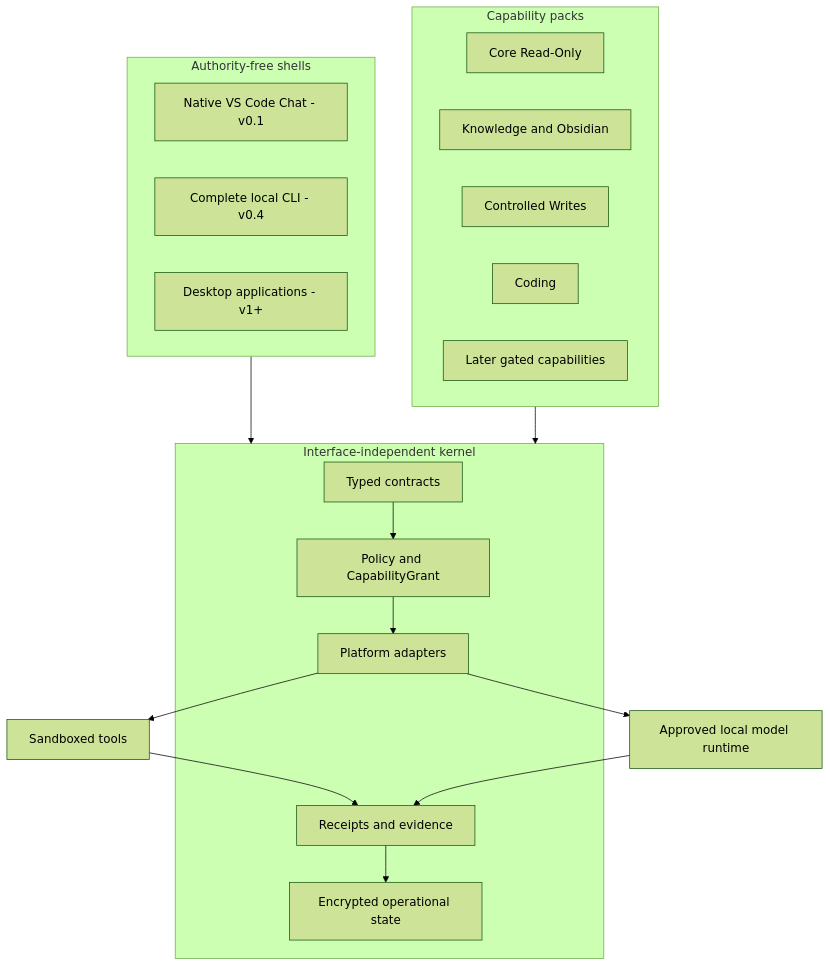
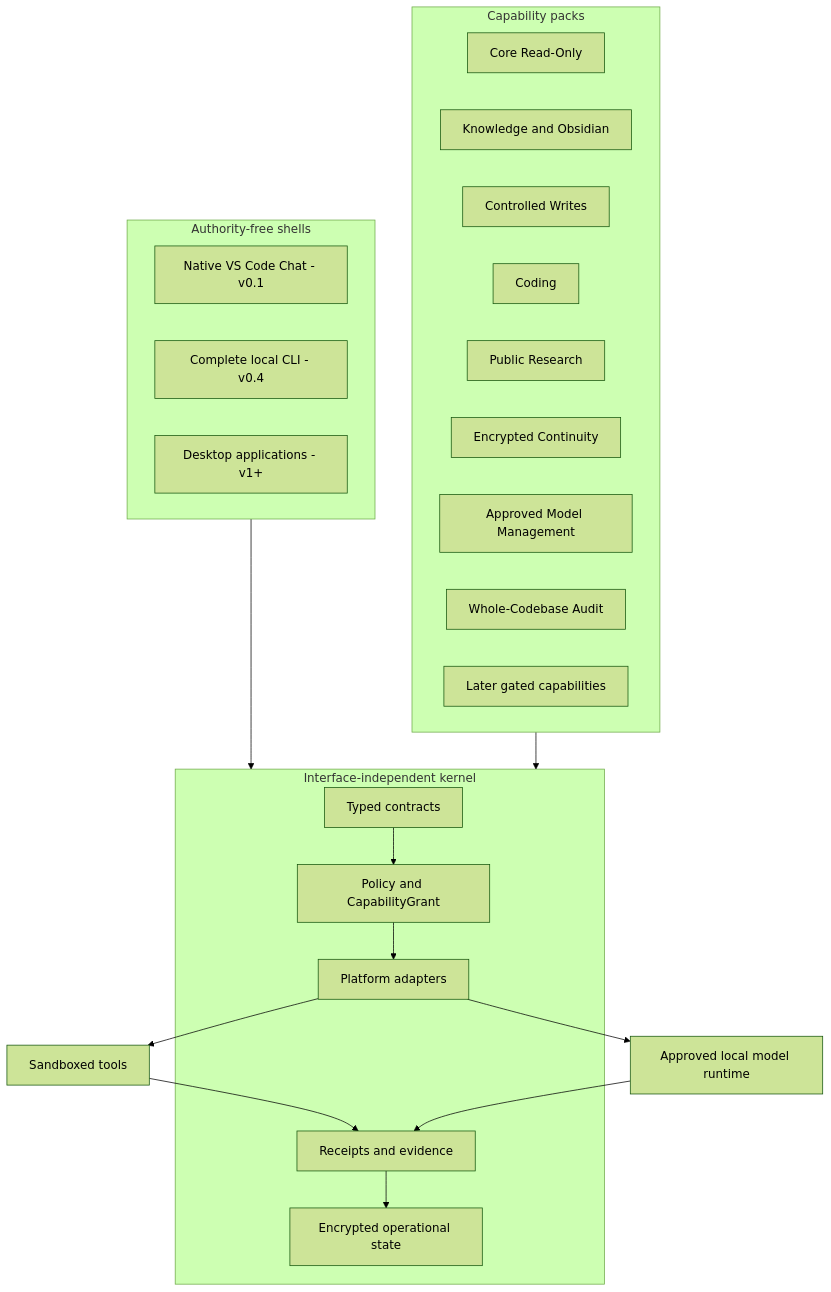
One commit to AaronNHorvitz/AgentMage changed the first of 6 diagrams in PRD.md. Above: the diagram before and after it, drawn with Mermaid (forest theme). The commit also changed other lines of this file and 31 other files, not shown here.

````diff
--- a/PRD.md
+++ b/PRD.md
@@ -99,34 +109,38 @@
 ```mermaid
 flowchart TB
     subgraph Shells["Authority-free shells"]
         VSC["Native VS Code Chat - v0.1"]
         CLI["Complete local CLI - v0.4"]
         DESK["Desktop applications - v1+"]
     end
 
     subgraph Packs["Capability packs"]
         CORE["Core Read-Only"]
         KNOW["Knowledge and Obsidian"]
         WRITE["Controlled Writes"]
         CODE["Coding"]
+        RESEARCH["Public Research"]
+        CONTINUITY["Encrypted Continuity"]
+        MODELS["Approved Model Management"]
+        AUDIT["Whole-Codebase Audit"]
         LATER["Later gated capabilities"]
     end
 
     subgraph Kernel["Interface-independent kernel"]
         CONTRACTS["Typed contracts"]
         POLICY["Policy and CapabilityGrant"]
         EVIDENCE["Receipts and evidence"]
         STATE["Encrypted operational state"]
         ADAPTERS["Platform adapters"]
     end
 
     Shells --> Kernel
     Packs --> Kernel
     CONTRACTS --> POLICY
     POLICY --> ADAPTERS
     ADAPTERS --> TOOLS["Sandboxed tools"]
     ADAPTERS --> MODEL["Approved local model runtime"]
     TOOLS --> EVIDENCE
     MODEL --> EVIDENCE
     EVIDENCE --> STATE
 ```
````
